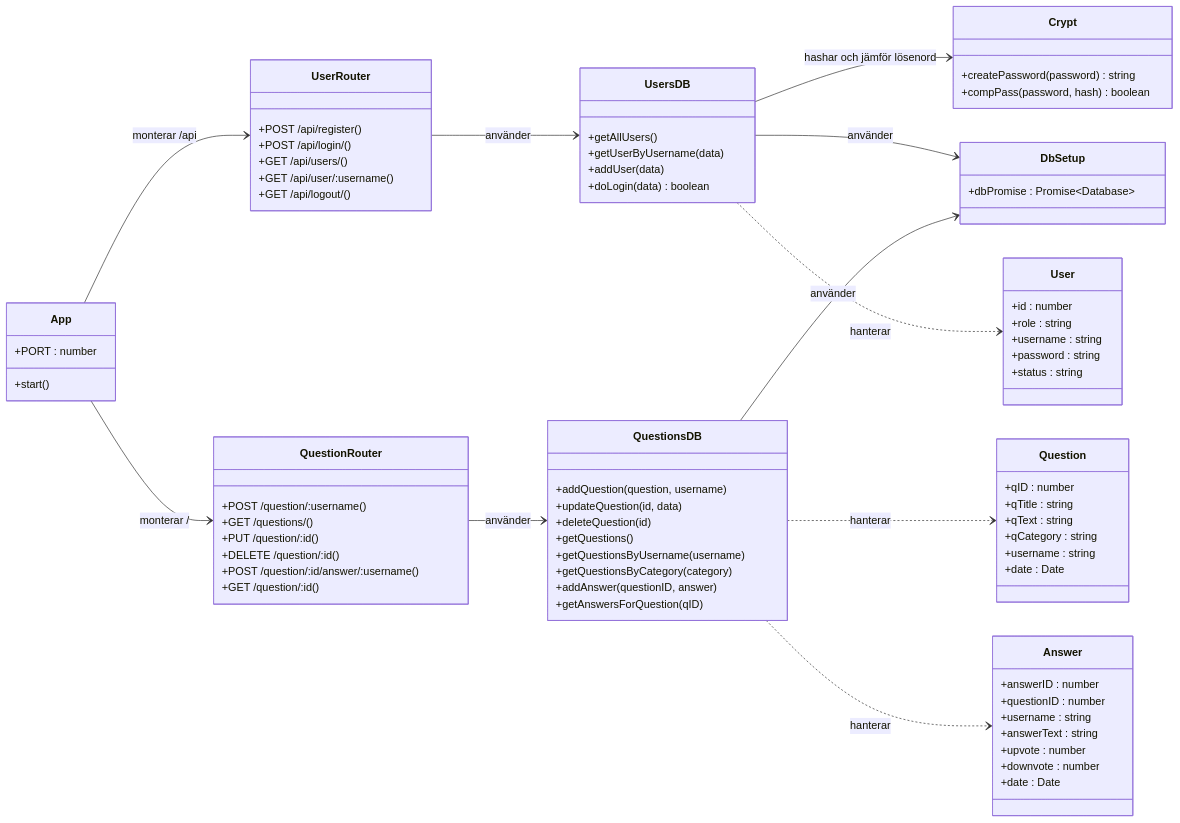
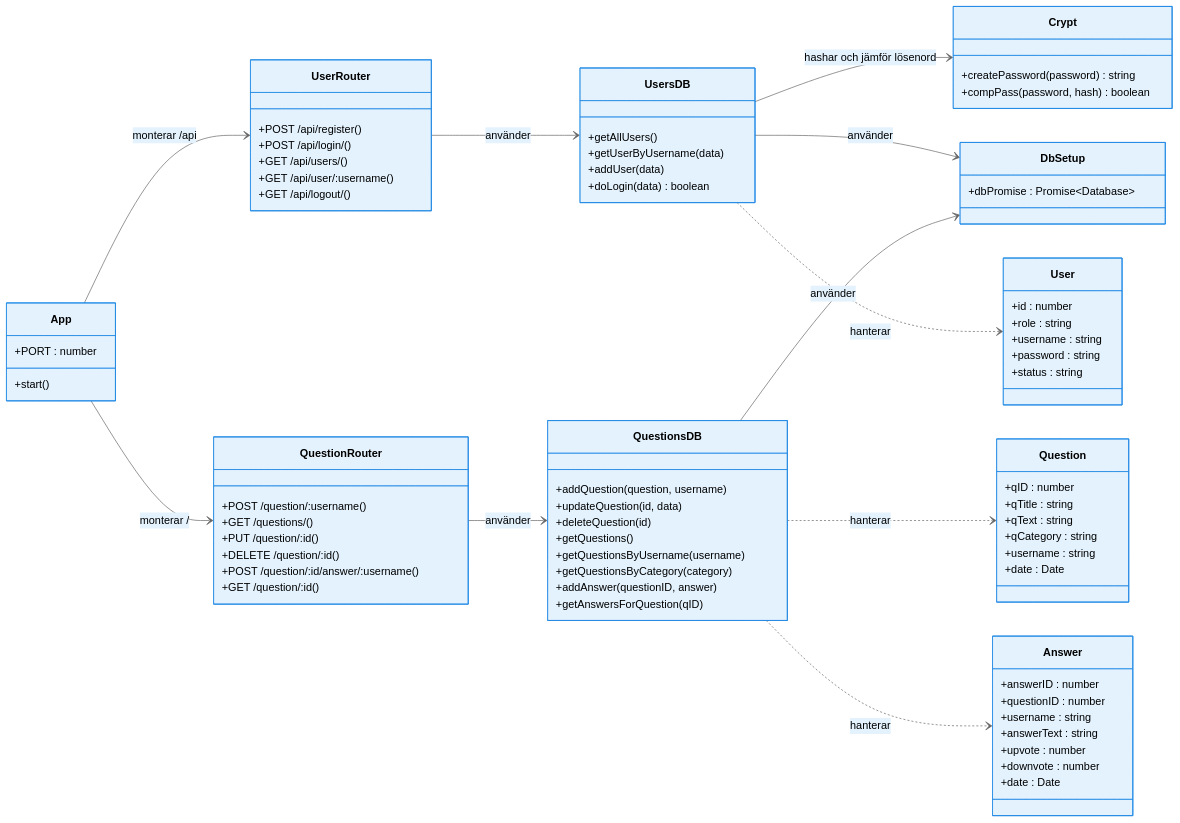
The first of 2 diagrams in README.md (Thedoniki/DynamiskaApplProject), drawn with Mermaid before and after one commit. The commit also changed other lines of this file, not shown here.

First line of the commit message:
Styled mermaid diagrams to README.md

````diff
--- a/README.md
+++ b/README.md
@@ -103,4 +103,5 @@
 ```mermaid
+%%{init: { 'theme': 'base', 'themeVariables': { 'primaryColor': '#E3F2FD', 'primaryTextColor': '#000', 'primaryBorderColor': '#1E88E5', 'lineColor': '#666', 'tertiaryColor': '#F5F5F5' }}}%%
 classDiagram
     direction LR
 
````
